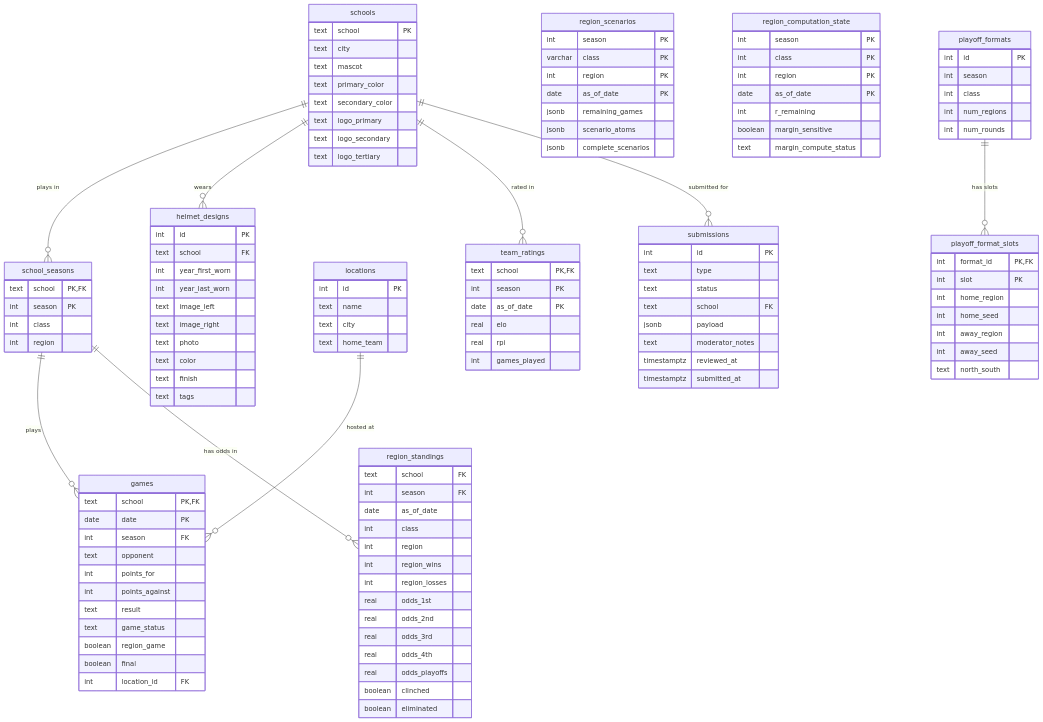
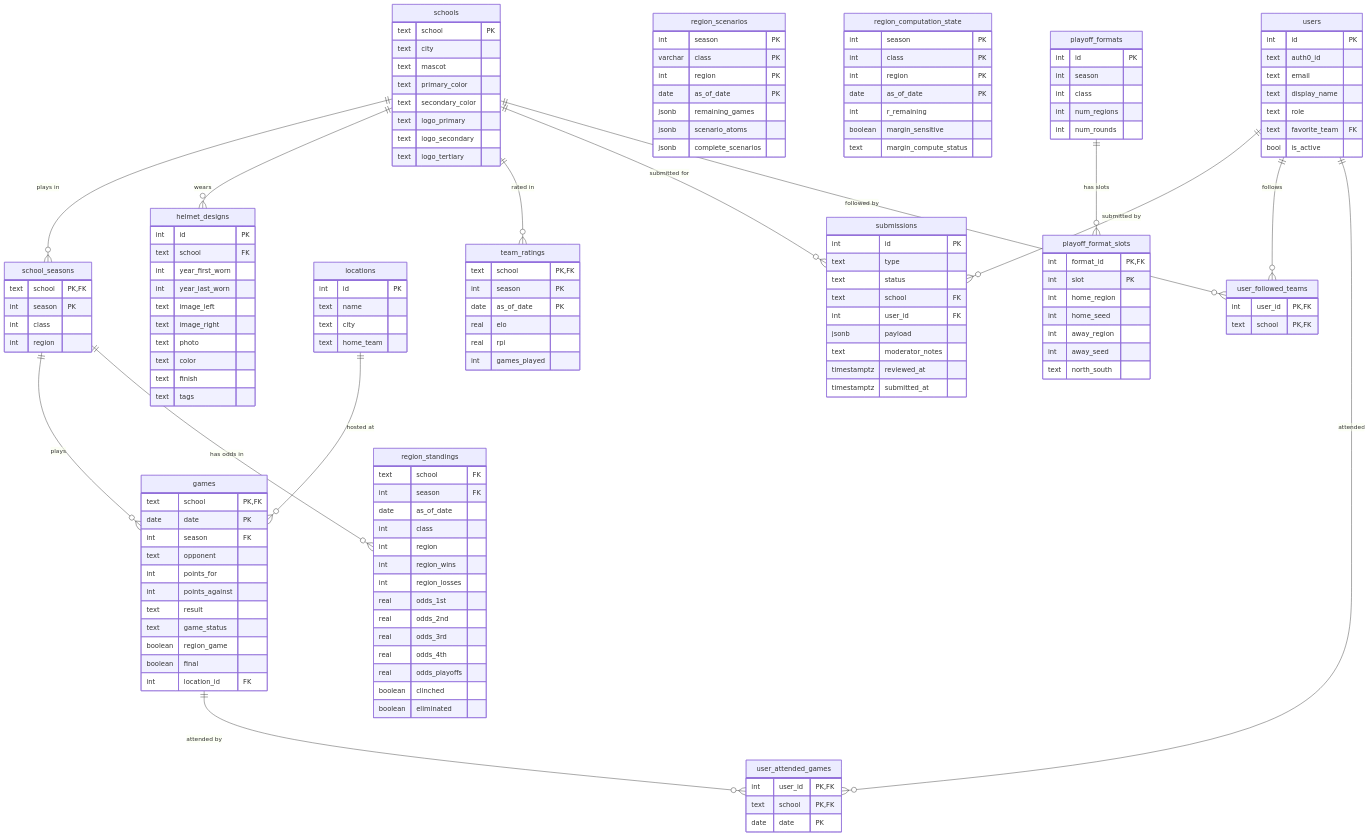
Before and after one commit to jps531/ms-hs-football-playoff-engine: the diagram in README.md, drawn with Mermaid. The commit also changed other lines of this file and 19 other files, not shown here.

```diff
--- a/README.md
+++ b/README.md
@@ -146,16 +149,40 @@
         text type
         text status
         text school FK
+        int user_id FK
         jsonb payload
         text moderator_notes
         timestamptz reviewed_at
         timestamptz submitted_at
+    }
+    users {
+        int id PK
+        text auth0_id
+        text email
+        text display_name
+        text role
+        text favorite_team FK
+        bool is_active
+    }
+    user_followed_teams {
+        int user_id PK,FK
+        text school PK,FK
+    }
+    user_attended_games {
+        int user_id PK,FK
+        text school PK,FK
+        date date PK
     }
 
     schools ||--o{ school_seasons : "plays in"
     schools ||--o{ helmet_designs : "wears"
     schools ||--o{ team_ratings : "rated in"
     schools ||--o{ submissions : "submitted for"
+    schools ||--o{ user_followed_teams : "followed by"
+    users ||--o{ submissions : "submitted by"
+    users ||--o{ user_followed_teams : "follows"
+    users ||--o{ user_attended_games : "attended"
+    games ||--o{ user_attended_games : "attended by"
     school_seasons ||--o{ games : "plays"
     school_seasons ||--o{ region_standings : "has odds in"
     locations ||--o{ games : "hosted at"
```
